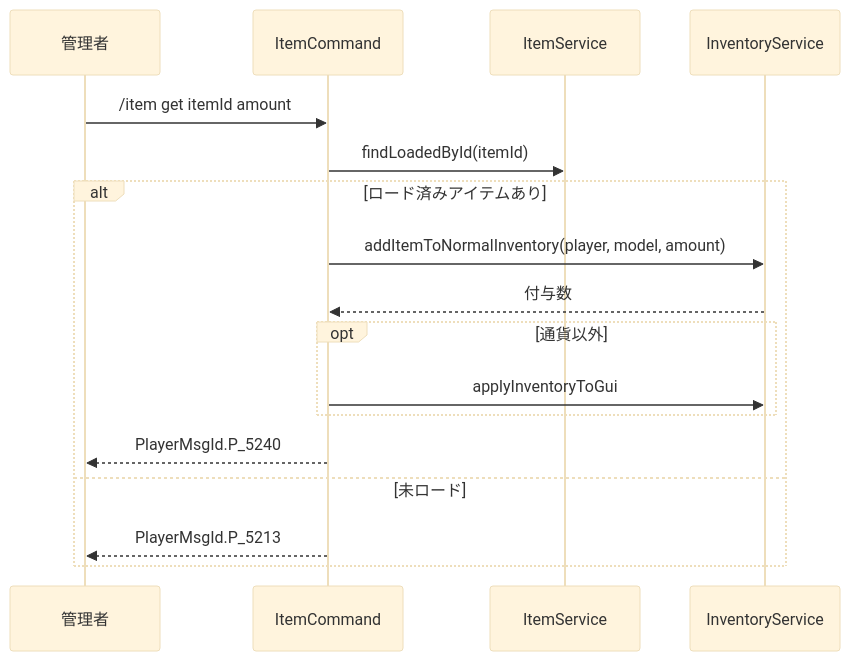
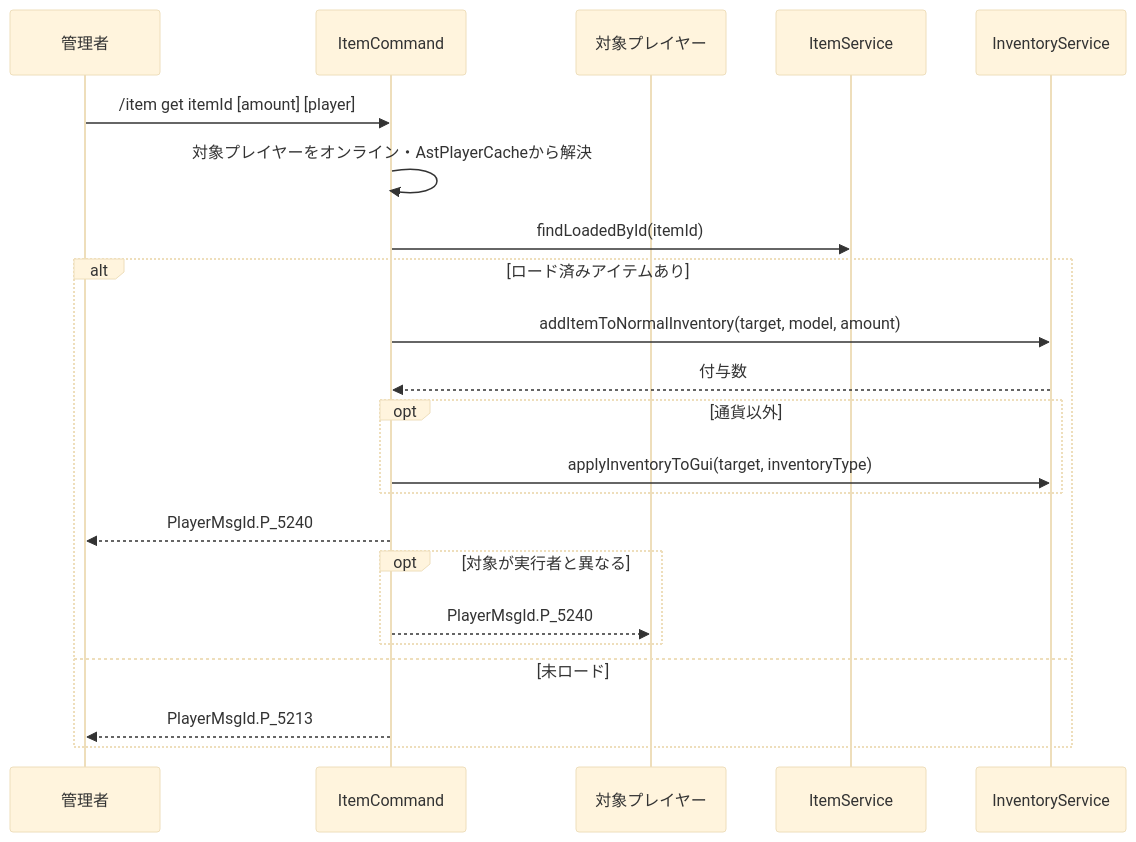
One commit to maaasu/AstralRecord-Workspace changed the second of 9 diagrams in 00_docs/10_Plugin設計書/feature/04-item/04_4-統合フロー.md. Above: the diagram before and after it, drawn with Mermaid (base theme). The commit also changed other lines of this file and 4 other files, not shown here.

````diff
--- a/00_docs/10_Plugin設計書/feature/04-item/04_4-統合フロー.md
+++ b/00_docs/10_Plugin設計書/feature/04-item/04_4-統合フロー.md
@@ -39,20 +39,25 @@
 ```mermaid
 sequenceDiagram
     participant P as 管理者
     participant C as ItemCommand
+    participant T as 対象プレイヤー
     participant IS as ItemService
     participant IV as InventoryService
 
-    P->>C: /item get itemId amount
+    P->>C: /item get itemId [amount] [player]
+    C->>C: 対象プレイヤーをオンライン・AstPlayerCacheから解決
     C->>IS: findLoadedById(itemId)
     alt ロード済みアイテムあり
-        C->>IV: addItemToNormalInventory(player, model, amount)
+        C->>IV: addItemToNormalInventory(target, model, amount)
         IV-->>C: 付与数
         opt 通貨以外
-            C->>IV: applyInventoryToGui
+            C->>IV: applyInventoryToGui(target, inventoryType)
         end
         C-->>P: PlayerMsgId.P_5240
+        opt 対象が実行者と異なる
+            C-->>T: PlayerMsgId.P_5240
+        end
     else 未ロード
         C-->>P: PlayerMsgId.P_5213
     end
 ```
````
